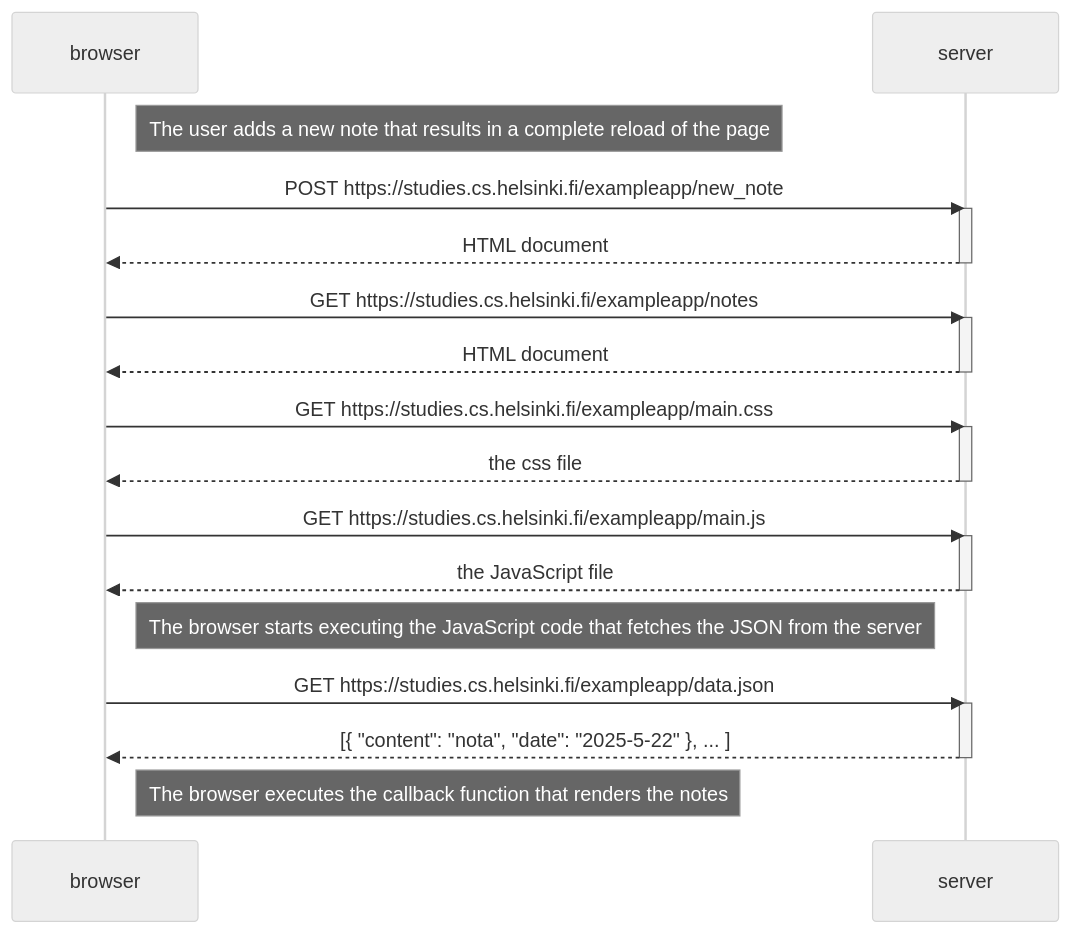
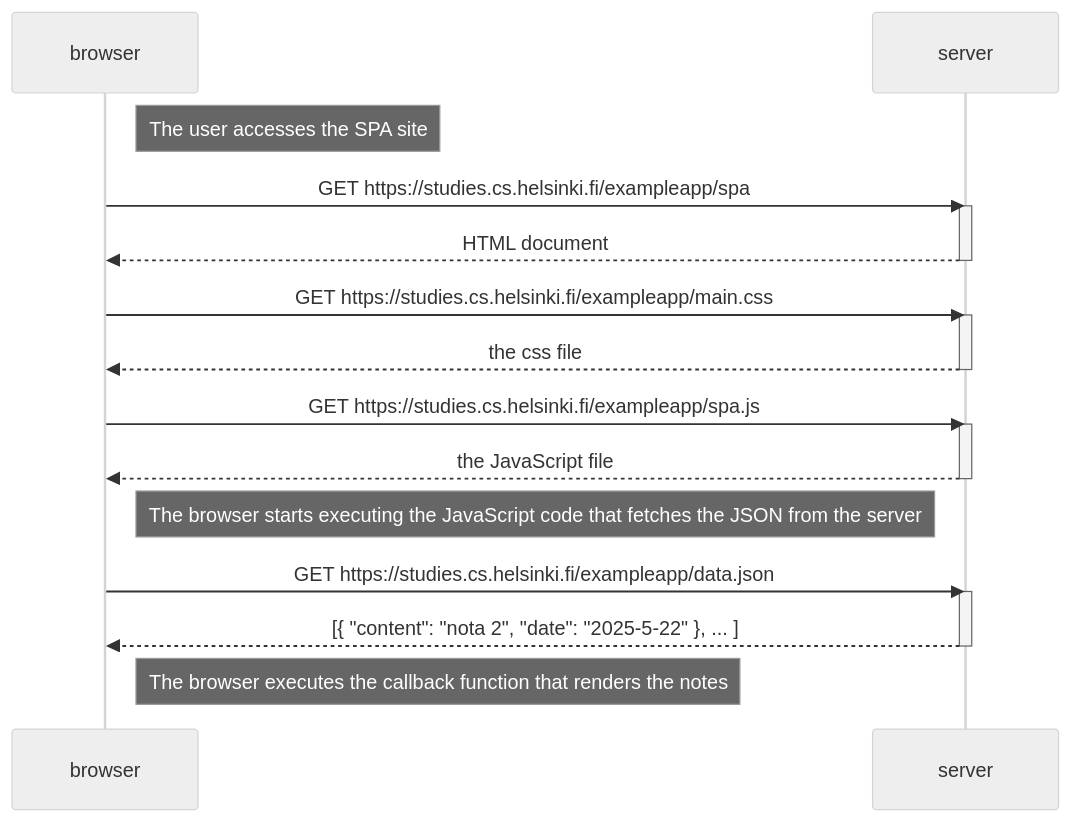
Before and after one commit to Euskindar/Fullstack-Course: the diagram in part0/ex0.5.md, drawn with Mermaid (neutral theme).

Commit message:
ex0.5 finish

````diff
--- a/part0/ex0.5.md
+++ b/part0/ex0.5.md
@@ -1,36 +1,31 @@
 ```mermaid
 sequenceDiagram
     participant browser
     participant server
 
-    Note right of browser: The user adds a new note that results in a complete reload of the page
+    Note right of browser: The user accesses the SPA site
 
-    browser->>server: POST https://studies.cs.helsinki.fi/exampleapp/new_note
-    activate server
-    server-->>browser: HTML document
-    deactivate server
-
-    browser->>server: GET https://studies.cs.helsinki.fi/exampleapp/notes
+    browser->>server: GET https://studies.cs.helsinki.fi/exampleapp/spa
     activate server
     server-->>browser: HTML document
     deactivate server
 
     browser->>server: GET https://studies.cs.helsinki.fi/exampleapp/main.css
     activate server
     server-->>browser: the css file
     deactivate server
 
-    browser->>server: GET https://studies.cs.helsinki.fi/exampleapp/main.js
+    browser->>server: GET https://studies.cs.helsinki.fi/exampleapp/spa.js
     activate server
     server-->>browser: the JavaScript file
     deactivate server
 
     Note right of browser: The browser starts executing the JavaScript code that fetches the JSON from the server
 
     browser->>server: GET https://studies.cs.helsinki.fi/exampleapp/data.json
     activate server
-    server-->>browser: [{ "content": "nota", "date": "2025-5-22" }, ... ]
+    server-->>browser: [{ "content": "nota 2", "date": "2025-5-22" }, ... ]
     deactivate server
 
     Note right of browser: The browser executes the callback function that renders the notes
 ```
````
